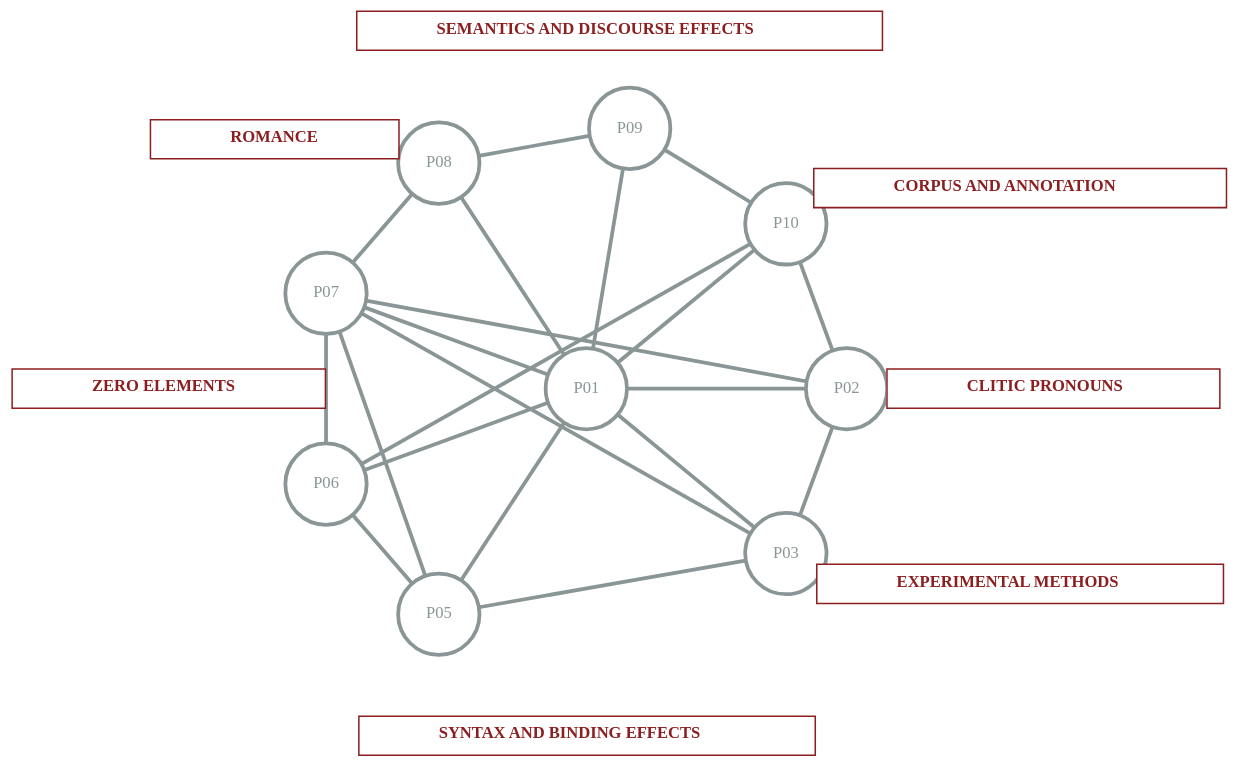
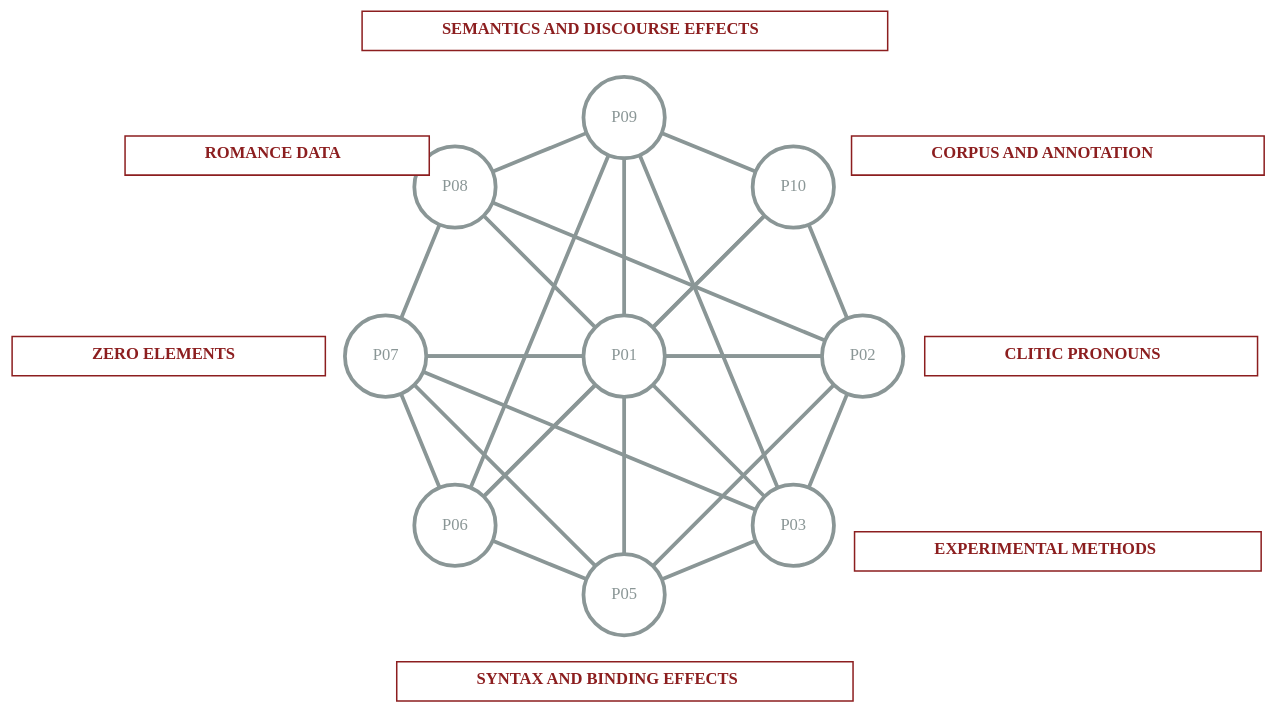
The diagram in clusters.qmd (yanhiz/sfb_redefi), drawn with Graphviz before and after one commit. The commit also changed other lines of this file and 64 other files, not shown here.

Commit message:
finilising cluster pages and cluster graph, editing subproject pages

````diff
--- a/clusters.qmd
+++ b/clusters.qmd
@@ -16,7 +15,7 @@
 ```{dot}
 //| fig-align: center
-//| fig-width: 11
-//| fig-height: 7.5
+//| fig-width: 12
+//| fig-height: 8.5
 
 graph clusters {
   layout = neato
@@ -49,127 +48,77 @@
   // PROJECT NODES
   // --------------------------------------------------
 
-
-  p01 [
-  label = "P01",
-  URL = "subprojects/P01.html",
-  tooltip = "Open project P01",
-  pos = "0,0!",
-  class = "cluster-project p01-hub"
-]
-
-
-  // Experimental methods
-  // Corpus and annotation
-  // Syntax and binding effects
-  // Semantics and discourse effects
+    p01 [
+    label = "P01",
+    URL = "subprojects/P01.html",
+    tooltip = "Open project P01",
+    pos = "0,0!",
+    class = "cluster-project p01-hub"
+  ]
 
   p02 [
     label = "P02",
     URL = "subprojects/P02.html",
     tooltip = "Open project P02",
-    pos = "0,2.4!",
+    pos = "0,2.2!",
     class = "cluster-project c-experimental c-corpus c-syntax c-semantics"
   ]
-
-
-  // Zero elements
-  // Syntax and binding effects
-  // Semantics and discourse effects
 
   p03 [
     label = "P03",
     URL = "subprojects/P03.html",
     tooltip = "Open project P03",
-    pos = "1.52,1.84!",
+    pos = "1.56,1.56!",
     class = "cluster-project c-zero c-syntax c-semantics"
   ]
-
-  // Experimental methods
-  // Syntax and binding effects
-  // Semantics and discourse effects
 
   p05 [
     label = "P05",
     URL = "subprojects/P05.html",
     tooltip = "Open project P05",
-    pos = "2.08,-1.36!",
+    pos = "2.2,0!",
     class = "cluster-project c-experimental c-syntax c-semantics"
   ]
-
-
-  // Romance
-  // Clitic pronouns
-  // Syntax and binding effects
 
   p06 [
     label = "P06",
     URL = "subprojects/P06.html",
     tooltip = "Open project P06",
-    pos = "0.88,-2.4!",
+    pos = "1.56,-1.56!",
     class = "cluster-project c-romance c-clitic c-syntax"
   ]
-
-
-  // Romance
-  // Experimental methods
-  // Corpus and annotation
-  // Clitic pronouns
-  // Zero elements
-  // Semantics and discourse effects
 
   p07 [
     label = "P07",
     URL = "subprojects/P07.html",
     tooltip = "Open project P07",
-    pos = "-0.88,-2.4!",
+    pos = "0,-2.2!",
     class = "cluster-project c-romance c-experimental c-corpus c-clitic c-zero c-semantics"
   ]
-
-
-  // Romance
-  // Experimental methods
-  // Corpus and annotation
-  // Clitic pronouns
-  // Zero elements
-  // Semantics and discourse effects
 
   p08 [
     label = "P08",
     URL = "subprojects/P08.html",
     tooltip = "Open project P08",
-    pos = "-2.08,-1.36!",
+    pos = "-1.56,-1.56!",
     class = "cluster-project c-romance c-experimental c-corpus c-clitic c-zero c-semantics"
   ]
-
-
-  // Romance
-  // Experimental methods
-  // Clitic pronouns
-  // Zero elements
-  // Semantics and discourse effects
 
   p09 [
     label = "P09",
     URL = "subprojects/P09.html",
     tooltip = "Open project P09",
-    pos = "-2.4,0.4!",
+    pos = "-2.2,0!",
     class = "cluster-project c-romance c-experimental c-clitic c-zero c-semantics"
   ]
-
-
-  // Experimental methods
-  // Syntax and binding effects
-  // Semantics and discourse effects
 
   p10 [
     label = "P10",
     URL = "subprojects/P10.html",
     tooltip = "Open project P10",
-    pos = "-1.52,1.84!",
+    pos = "-1.56,1.56!",
     class = "cluster-project c-experimental c-syntax c-semantics"
   ]
-
 
 
   // --------------------------------------------------
@@ -202,7 +151,10 @@
   p06 -- p07 [
     class = "cluster-edge c-romance c-clitic"
   ]
-
+  
+  p06 -- p09 [
+  class = "cluster-edge c-romance c-clitic"
+  ]
 
   // P07 -- P08
   // Romance + Experimental methods + Corpus and annotation
@@ -221,12 +173,16 @@
   p08 -- p09 [
     class = "cluster-edge c-romance c-experimental c-clitic c-zero c-semantics"
   ]
-
+  
 
   // Experimental methods:
   // P02 -- P10 -- P09 -- P08 -- P07 -- P05
 
   p02 -- p10 [
+    class = "cluster-edge c-experimental c-syntax"
+  ]
+  
+  p02 -- p05 [
     class = "cluster-edge c-experimental"
   ]
 
@@ -245,7 +201,10 @@
   p02 -- p07 [
     class = "cluster-edge c-corpus"
   ]
-
+  
+  p02 -- p08 [
+  class = "cluster-edge c-corpus"
+  ]
 
   // Zero elements:
   // P03 -- P07 -- P08 -- P09
@@ -254,6 +213,9 @@
     class = "cluster-edge c-zero"
   ]
 
+p03 -- p09 [
+    class = "cluster-edge c-zero"
+  ]
 
   // Syntax and binding effects:
   // P02 -- P03 -- P05 -- P06 -- P10
@@ -274,15 +236,6 @@
     class = "cluster-edge c-syntax"
   ]
 
-
-  // Semantics and discourse effects:
-  // P02 -- P03 -- P05 -- P07 -- P08 -- P09 -- P10
-  //
-  // Most of these edges already exist above and carry
-  // the c-semantics class.
-
-
-
   // --------------------------------------------------
   // CLUSTER LABELS
   // --------------------------------------------------
@@ -293,7 +246,7 @@
   romance_label [
     shape = plain,
     fixedsize = false,
-    pos = "-2.3,-2.88!",
+    pos = "-1.85,-3.2!",
     URL = "clusters/romance.html",
     tooltip = "Open the Romance cluster",
     target = "_top",
@@ -310,7 +263,7 @@
       >
         <TR>
           <TD>
-            <FONT COLOR="#8C1E1F"><B>ROMANCE</B></FONT>
+            <FONT COLOR="#8C1E1F"><B>ROMANCE DATA</B></FONT>
           </TD>
         </TR>
       </TABLE>
@@ -381,7 +334,7 @@
   zero_elements_label [
     shape = plain,
     fixedsize = false,
-    pos = "0,-3.85!",
+    pos = "0,-4.2!",
     URL = "clusters/zero-elements.html",
     tooltip = "Open the Zero elements cluster",
     target = "_top",
@@ -410,7 +363,7 @@
   semantics_discourse_label [
     shape = plain,
     fixedsize = false,
-    pos = "-3.3,0.3!",
+    pos = "-3,0.0!",
     URL = "clusters/semantics-and-discourse-effects.html",
     tooltip = "Open the Semantics and discourse effects cluster",
     target = "_top",
@@ -468,7 +421,7 @@
   syntax_binding_label [
     shape = plain,
     fixedsize = false,
-    pos = "3.20,0!",
+    pos = "3.0,0!",
     URL = "clusters/syntax-and-binding-effects.html",
     tooltip = "Open the Syntax and binding effects cluster",
     target = "_top",
````
